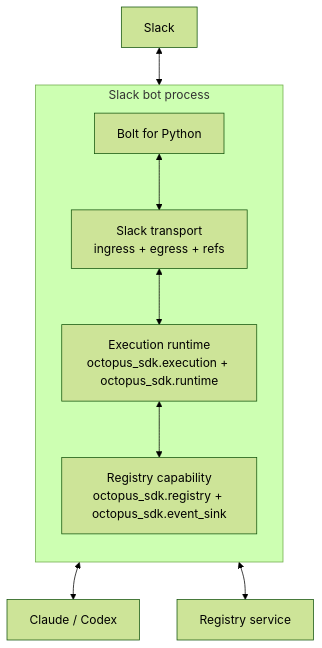
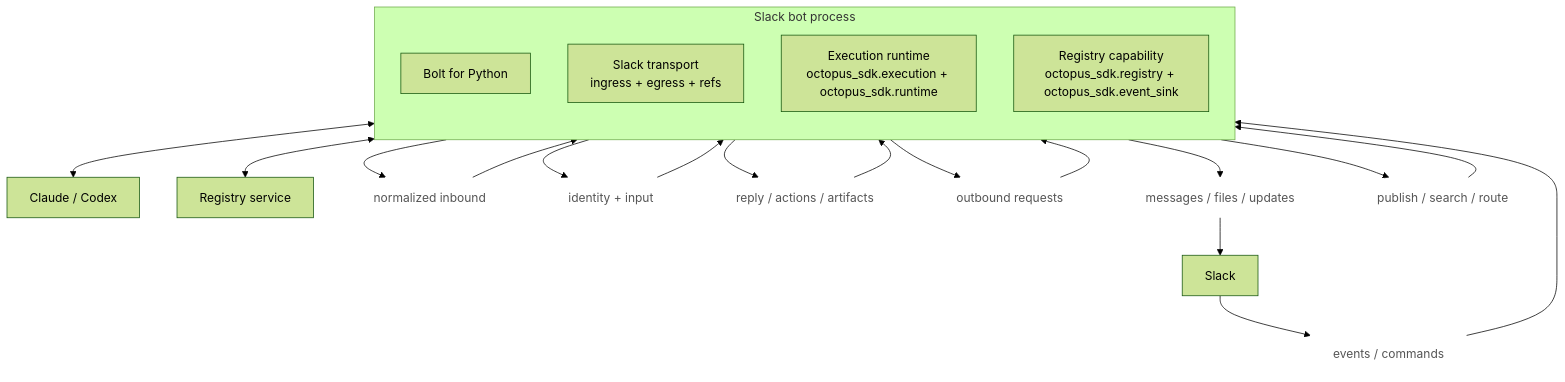
The third of 6 diagrams in ARCHITECTURE.md (privacynow/octopus), drawn with Mermaid (forest theme) before and after one commit.

Commit message:
Refine Slack architecture diagram labels

````diff
--- a/ARCHITECTURE.md
+++ b/ARCHITECTURE.md
@@ -194,22 +194,28 @@
 ```mermaid
 flowchart TB
     Slack["Slack"]
 
     subgraph Bot["Slack bot process"]
         direction TB
         Bolt["Bolt for Python"]
         Transport["Slack transport<br/>ingress + egress + refs"]
         Exec["Execution runtime<br/>octopus_sdk.execution + octopus_sdk.runtime"]
         RegSdk["Registry capability<br/>octopus_sdk.registry + octopus_sdk.event_sink"]
     end
 
     Provider["Claude / Codex"]
     Registry["Registry service"]
 
-    Slack <--> Bolt
-    Bolt <--> Transport
-    Transport <--> Exec
+    Slack --> InSlack["events / commands"] --> Bolt
+    Bolt --> Inbound["normalized inbound"] --> Transport
+    Transport --> ToExec["identity + input"] --> Exec
+    Exec --> ToTransport["reply / actions / artifacts"] --> Transport
+    Transport --> ToBolt["outbound requests"] --> Bolt
+    Bolt --> OutSlack["messages / files / updates"] --> Slack
     Exec <--> Provider
-    Exec <--> RegSdk
+    Exec --> ToRegistry["publish / search / route"] --> RegSdk
     RegSdk <--> Registry
+
+    classDef annotation fill:transparent,stroke:transparent,color:#555;
+    class InSlack,Inbound,ToExec,ToTransport,ToBolt,OutSlack,ToRegistry annotation
 ```
````
